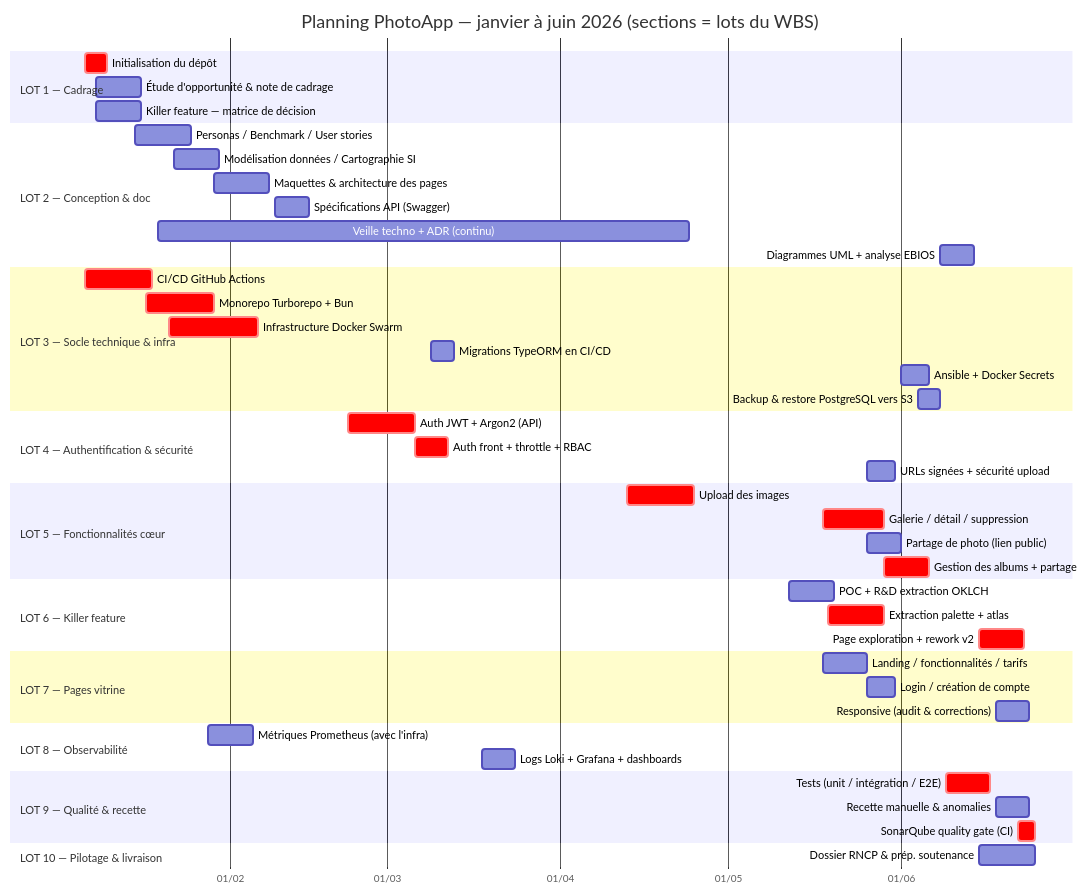
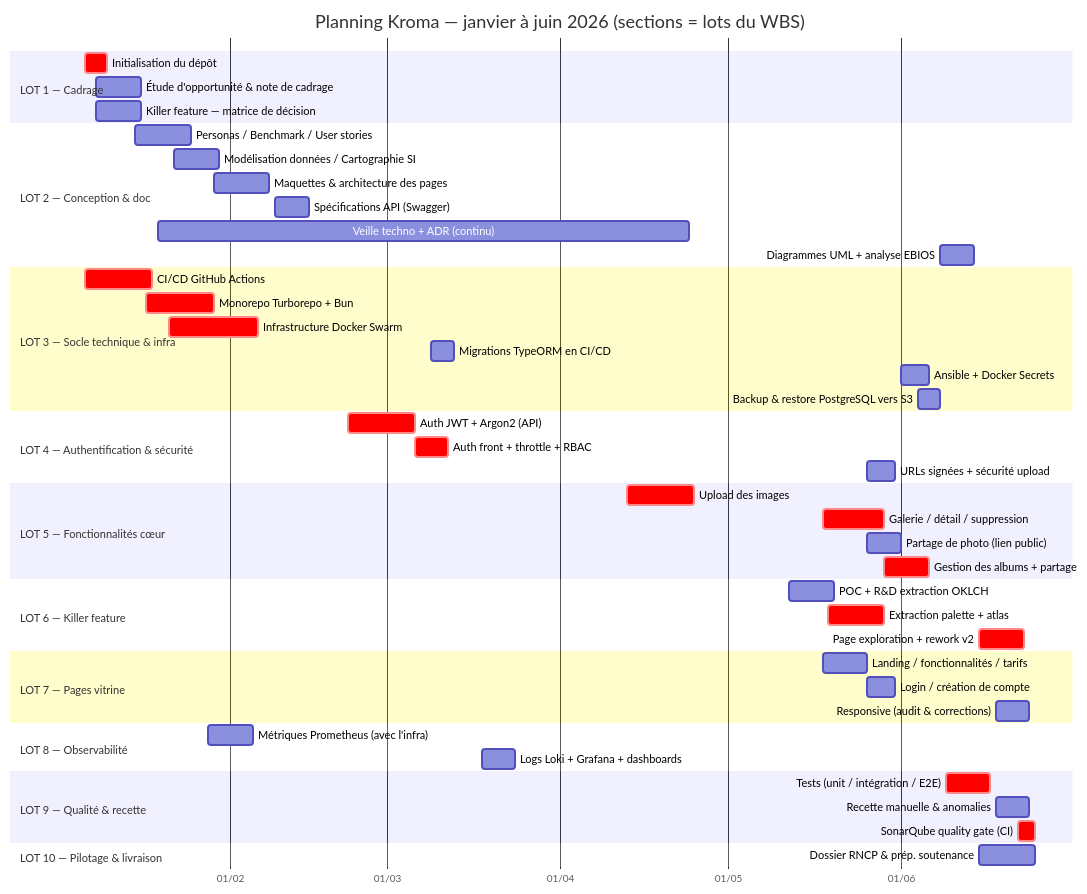
One commit to TonyMascate/fil_rouge_plateforme changed the diagram in docs/wbs-planning.md. Above: the diagram before and after it, drawn with Mermaid. The commit also changed other lines of this file and 27 other files, not shown here.

````diff
--- a/docs/wbs-planning.md
+++ b/docs/wbs-planning.md
@@ -149,60 +149,60 @@
 ```mermaid
 gantt
-    title Planning PhotoApp — janvier à juin 2026 (sections = lots du WBS)
+    title Planning Kroma — janvier à juin 2026 (sections = lots du WBS)
     dateFormat  YYYY-MM-DD
     axisFormat  %d/%m
 
     section LOT 1 — Cadrage
     Initialisation du dépôt               :crit, l11, 2026-01-06, 4d
     Étude d'opportunité & note de cadrage :l12, 2026-01-08, 8d
     Killer feature — matrice de décision  :l14, 2026-01-08, 8d
 
     section LOT 2 — Conception & doc
     Personas / Benchmark / User stories   :l21, 2026-01-15, 10d
     Modélisation données / Cartographie SI :l26, 2026-01-22, 8d
     Maquettes & architecture des pages    :l29, 2026-01-29, 10d
     Spécifications API (Swagger)          :l210, 2026-02-09, 6d
     Veille techno + ADR (continu)         :l24, 2026-01-19, 95d
     Diagrammes UML + analyse EBIOS        :l28, 2026-06-08, 6d
 
     section LOT 3 — Socle technique & infra
     CI/CD GitHub Actions                  :crit, l33, 2026-01-06, 12d
     Monorepo Turborepo + Bun              :crit, l31, 2026-01-17, 12d
     Infrastructure Docker Swarm           :crit, l32, 2026-01-21, 16d
     Migrations TypeORM en CI/CD           :l34, 2026-03-09, 4d
     Ansible + Docker Secrets              :l35, 2026-06-01, 5d
     Backup & restore PostgreSQL vers S3   :l38, 2026-06-04, 4d
 
     section LOT 4 — Authentification & sécurité
     Auth JWT + Argon2 (API)               :crit, l41, 2026-02-22, 12d
     Auth front + throttle + RBAC          :crit, l42, 2026-03-06, 6d
     URLs signées + sécurité upload        :l46, 2026-05-26, 5d
 
     section LOT 5 — Fonctionnalités cœur
     Upload des images                     :crit, l51, 2026-04-13, 12d
     Galerie / détail / suppression        :crit, l52, 2026-05-18, 11d
     Partage de photo (lien public)        :l54, 2026-05-26, 6d
     Gestion des albums + partage          :crit, l55, 2026-05-29, 8d
 
     section LOT 6 — Killer feature
     POC + R&D extraction OKLCH            :l61, 2026-05-12, 8d
     Extraction palette + atlas            :crit, l62, 2026-05-19, 10d
     Page exploration + rework v2          :crit, l65, 2026-06-15, 8d
 
     section LOT 7 — Pages vitrine
     Landing / fonctionnalités / tarifs    :l71, 2026-05-18, 8d
     Login / création de compte            :l74, 2026-05-26, 5d
     Responsive (audit & corrections)      :l75, 2026-06-18, 6d
 
     section LOT 8 — Observabilité
     Métriques Prometheus (avec l'infra)   :l81, 2026-01-28, 8d
     Logs Loki + Grafana + dashboards      :l82, 2026-03-18, 6d
 
     section LOT 9 — Qualité & recette
     Tests (unit / intégration / E2E)      :crit, l91, 2026-06-09, 8d
     Recette manuelle & anomalies          :l96, 2026-06-18, 6d
     SonarQube quality gate (CI)           :crit, l95, 2026-06-22, 3d
 
     section LOT 10 — Pilotage & livraison
     Dossier RNCP & prép. soutenance       :l102, 2026-06-15, 10d
 ```
````
